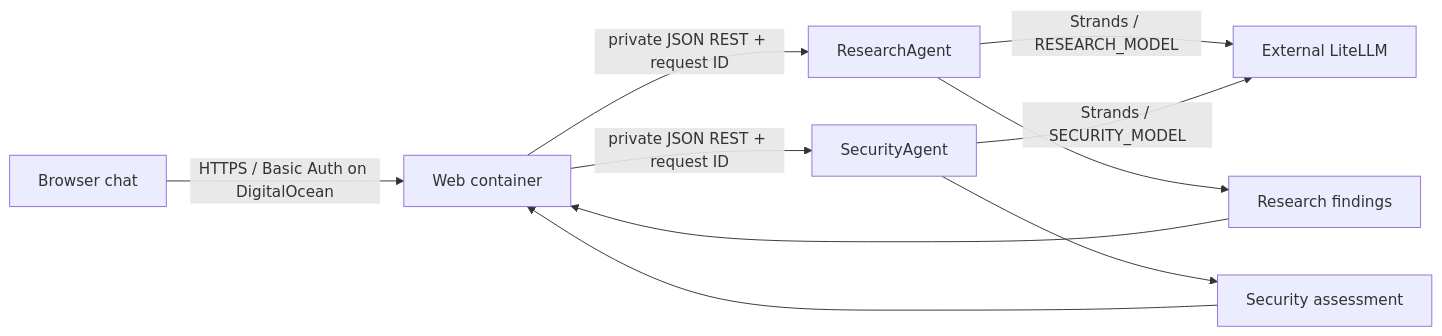
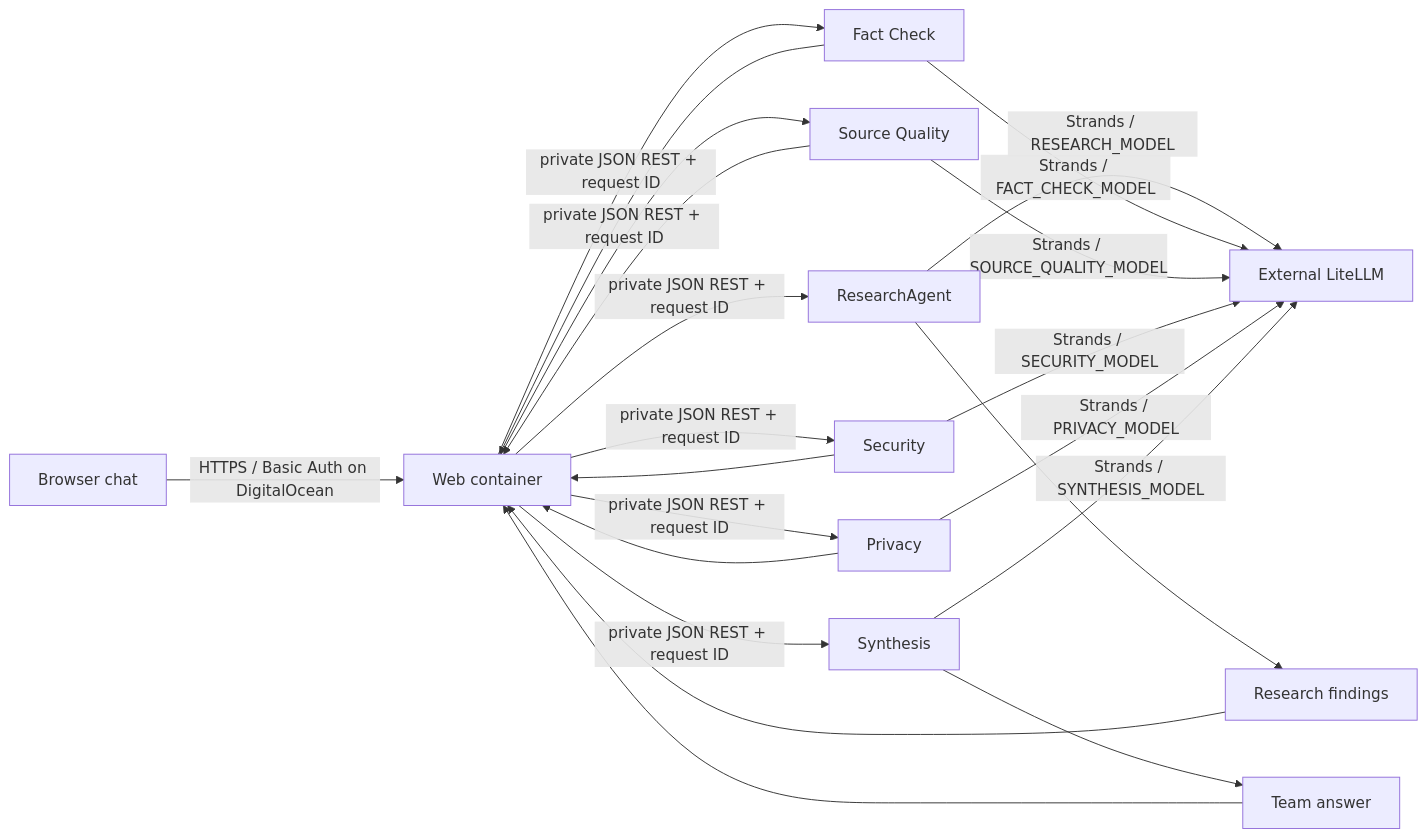
Before and after one commit to vchokshi/viharbot: the diagram in README.md, drawn with Mermaid. The commit also changed other lines of this file and 15 other files, not shown here.

````diff
--- a/README.md
+++ b/README.md
@@ -7,12 +7,24 @@
 ```mermaid
 flowchart LR
   B[Browser chat] -->|HTTPS / Basic Auth on DigitalOcean| W[Web container]
   W -->|private JSON REST + request ID| R[ResearchAgent]
-  W -->|private JSON REST + request ID| S[SecurityAgent]
+  W -->|private JSON REST + request ID| F[Fact Check]
+  W -->|private JSON REST + request ID| Q[Source Quality]
+  W -->|private JSON REST + request ID| S[Security]
+  W -->|private JSON REST + request ID| P[Privacy]
+  W -->|private JSON REST + request ID| Y[Synthesis]
   R -->|Strands / RESEARCH_MODEL| L[External LiteLLM]
+  F -->|Strands / FACT_CHECK_MODEL| L
+  Q -->|Strands / SOURCE_QUALITY_MODEL| L
   S -->|Strands / SECURITY_MODEL| L
-  R --> F[Research findings]
-  S --> A[Security assessment]
+  P -->|Strands / PRIVACY_MODEL| L
+  Y -->|Strands / SYNTHESIS_MODEL| L
+  R --> RF[Research findings]
   F --> W
+  Q --> W
+  S --> W
+  P --> W
+  RF --> W
+  Y --> A[Team answer]
   A --> W
 ```
````
